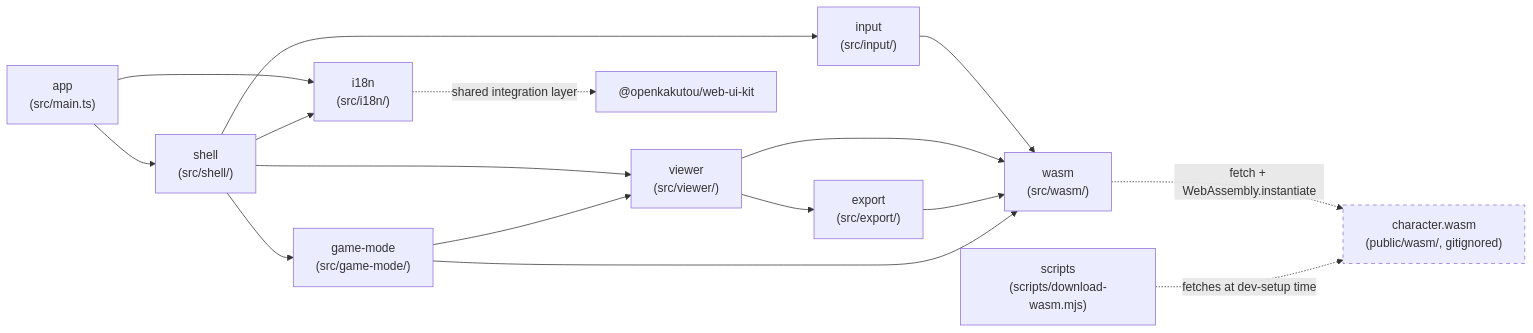
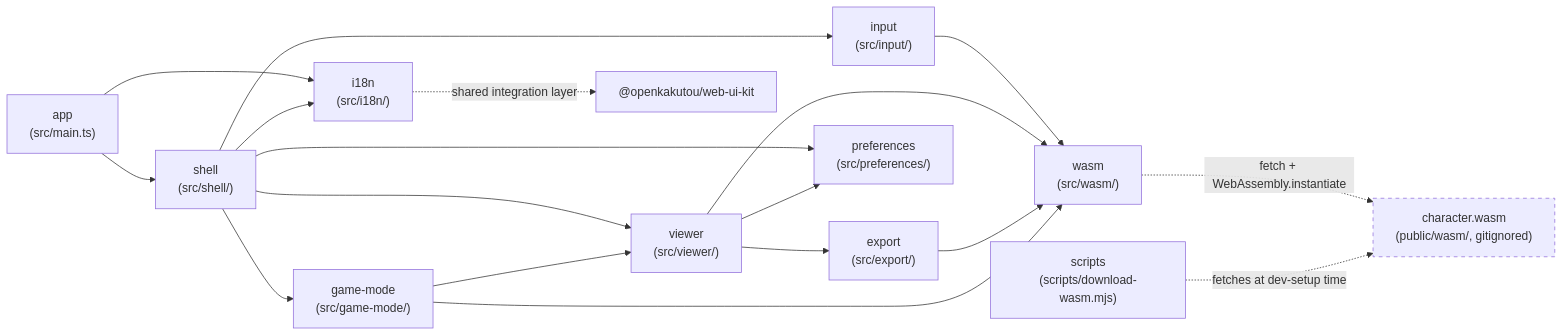
Before and after one commit to openkakutou/character-viewer-web: the diagram in docs/architecture.md, drawn with Mermaid. The commit also changed other lines of this file and 31 other files, not shown here.

````diff
--- a/docs/architecture.md
+++ b/docs/architecture.md
@@ -15,20 +15,22 @@
 ```mermaid
 flowchart LR
     app["app\n(src/main.ts)"] --> shell["shell\n(src/shell/)"]
     shell --> input["input\n(src/input/)"]
     shell --> viewer["viewer\n(src/viewer/)"]
     shell --> gamemode["game-mode\n(src/game-mode/)"]
     viewer --> export["export\n(src/export/)"]
     input --> wasm["wasm\n(src/wasm/)"]
     viewer --> wasm
     export --> wasm
     gamemode --> wasm
     gamemode --> viewer
     wasm -.->|fetch + WebAssembly.instantiate| module["character.wasm\n(public/wasm/, gitignored)"]
     scripts["scripts\n(scripts/download-wasm.mjs)"] -.->|fetches at dev-setup time| module
     app --> i18n["i18n\n(src/i18n/)"]
     shell --> i18n
     i18n -.->|shared integration layer| wuik["@openkakutou/web-ui-kit"]
+    shell --> preferences["preferences\n(src/preferences/)"]
+    viewer --> preferences
 
     style module stroke-dasharray: 5 5
 ```
````
